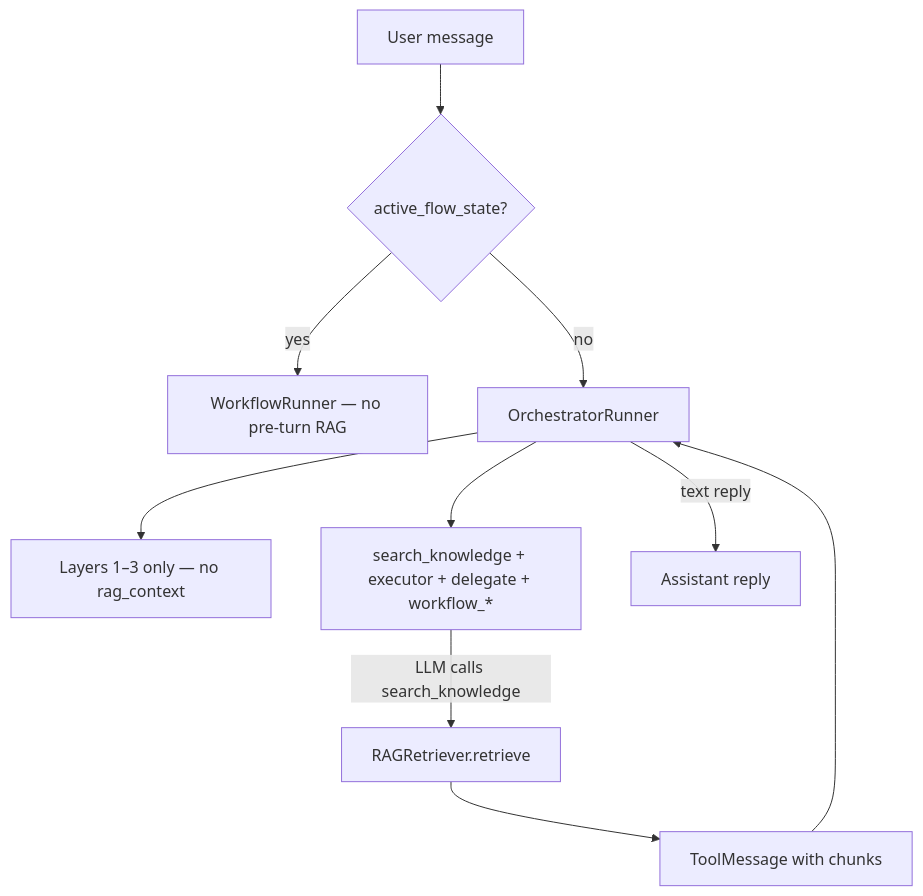
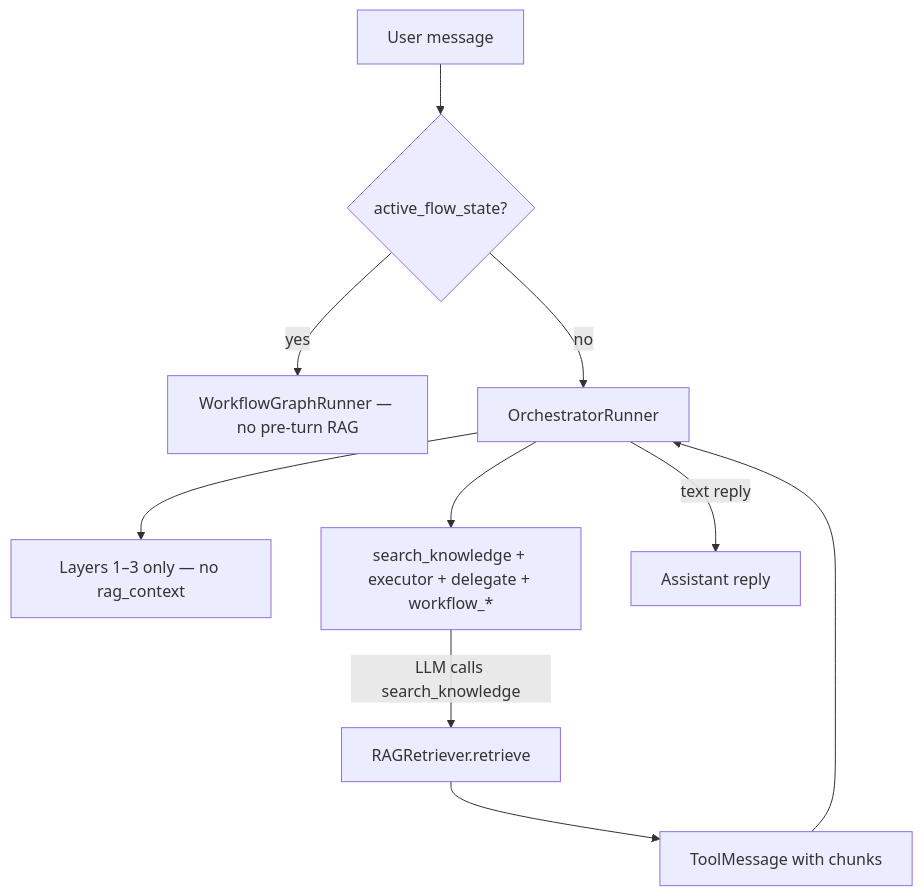
One commit to shehan-jayasinghe/bot-builder changed the diagram in backend/document/agentic/updets/runtime-migration-agentic-phase-c.md. Above: the diagram before and after it, drawn with Mermaid. The commit also changed other lines of this file and 59 other files, not shown here.

````diff
--- a/backend/document/agentic/updets/runtime-migration-agentic-phase-c.md
+++ b/backend/document/agentic/updets/runtime-migration-agentic-phase-c.md
@@ -33,13 +35,13 @@
 ```mermaid
 flowchart TB
     MSG[User message]
     MSG --> FLOW{active_flow_state?}
-    FLOW -->|yes| WF[WorkflowRunner — no pre-turn RAG]
+    FLOW -->|yes| WF[WorkflowGraphRunner — no pre-turn RAG]
     FLOW -->|no| ORCH[OrchestratorRunner]
     ORCH --> PROMPT[Layers 1–3 only — no rag_context]
     ORCH --> TOOLS[search_knowledge + executor + delegate + workflow_*]
     TOOLS -->|LLM calls search_knowledge| RAG[RAGRetriever.retrieve]
     RAG --> TM[ToolMessage with chunks]
     TM --> ORCH
     ORCH -->|text reply| REPLY[Assistant reply]
 ```
````
